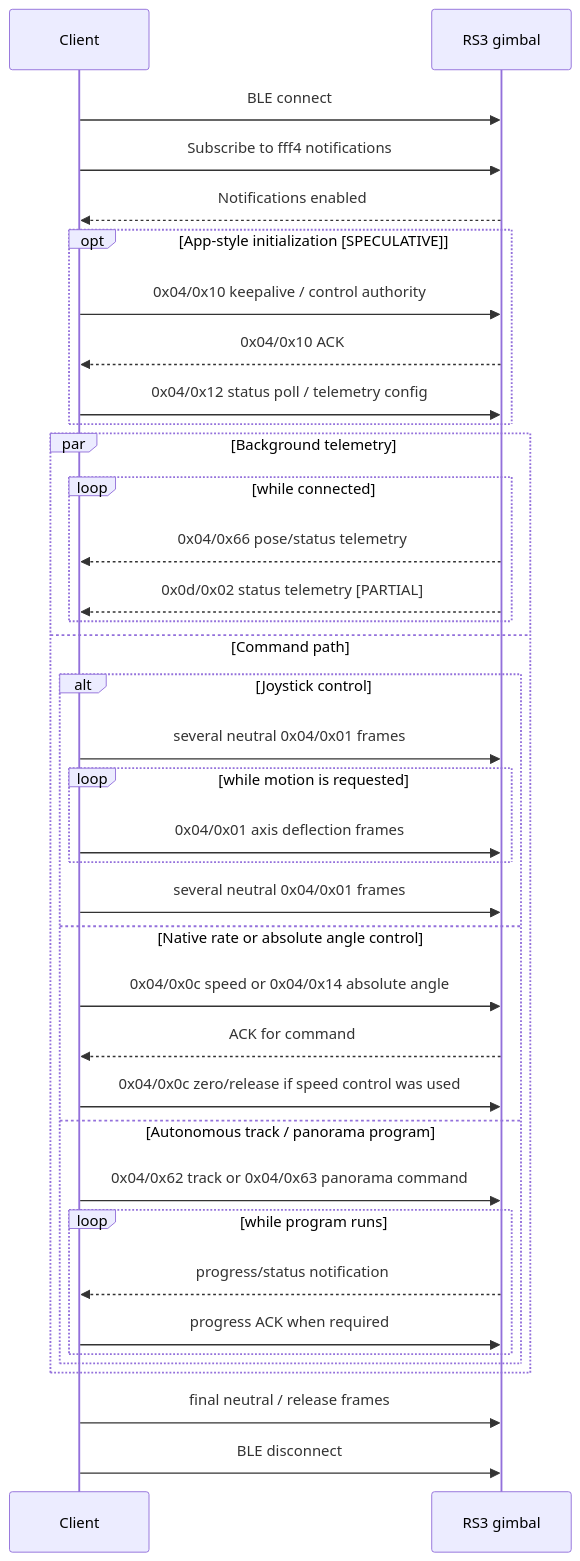
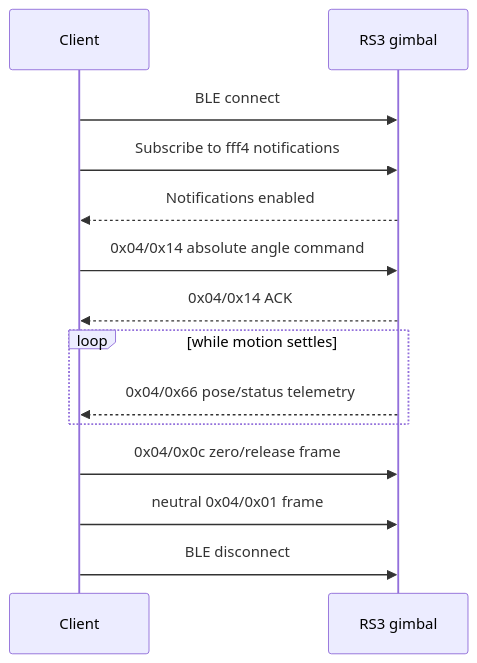
One commit to jdesbonnet/dji_rs3_control changed the diagram in rs3_ble_protocol_spec.md. Above: the diagram before and after it, drawn with Mermaid. The commit also changed other lines of this file, not shown here.

Commit message:
modify sequence diagram

````diff
--- a/rs3_ble_protocol_spec.md
+++ b/rs3_ble_protocol_spec.md
@@ -60,43 +60,20 @@
 ```mermaid
 sequenceDiagram
     participant C as Client
     participant G as RS3 gimbal
 
     C->>G: BLE connect
     C->>G: Subscribe to fff4 notifications
     G-->>C: Notifications enabled
 
-    opt App-style initialization [SPECULATIVE]
-        C->>G: 0x04/0x10 keepalive / control authority
-        G-->>C: 0x04/0x10 ACK
-        C->>G: 0x04/0x12 status poll / telemetry config
+    C->>G: 0x04/0x14 absolute angle command
+    G-->>C: 0x04/0x14 ACK
+
+    loop while motion settles
+        G-->>C: 0x04/0x66 pose/status telemetry
     end
 
-    par Background telemetry
-        loop while connected
-            G-->>C: 0x04/0x66 pose/status telemetry
-            G-->>C: 0x0d/0x02 status telemetry [PARTIAL]
-        end
-    and Command path
-        alt Joystick control
-            C->>G: several neutral 0x04/0x01 frames
-            loop while motion is requested
-                C->>G: 0x04/0x01 axis deflection frames
-            end
-            C->>G: several neutral 0x04/0x01 frames
-        else Native rate or absolute angle control
-            C->>G: 0x04/0x0c speed or 0x04/0x14 absolute angle
-            G-->>C: ACK for command
-            C->>G: 0x04/0x0c zero/release if speed control was used
-        else Autonomous track / panorama program
-            C->>G: 0x04/0x62 track or 0x04/0x63 panorama command
-            loop while program runs
-                G-->>C: progress/status notification
-                C->>G: progress ACK when required
-            end
-        end
-    end
-
-    C->>G: final neutral / release frames
+    C->>G: 0x04/0x0c zero/release frame
+    C->>G: neutral 0x04/0x01 frame
     C->>G: BLE disconnect
 ```
````
